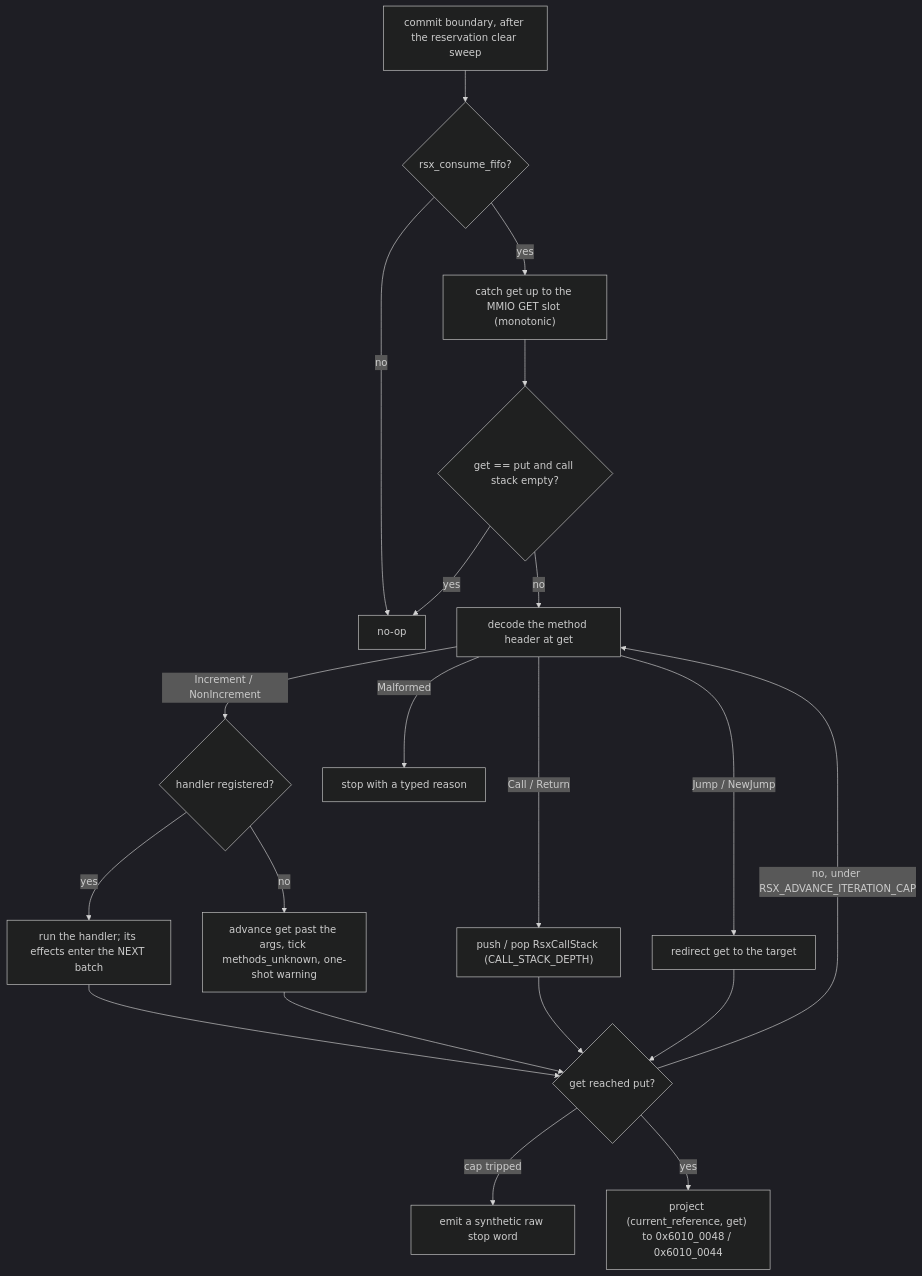
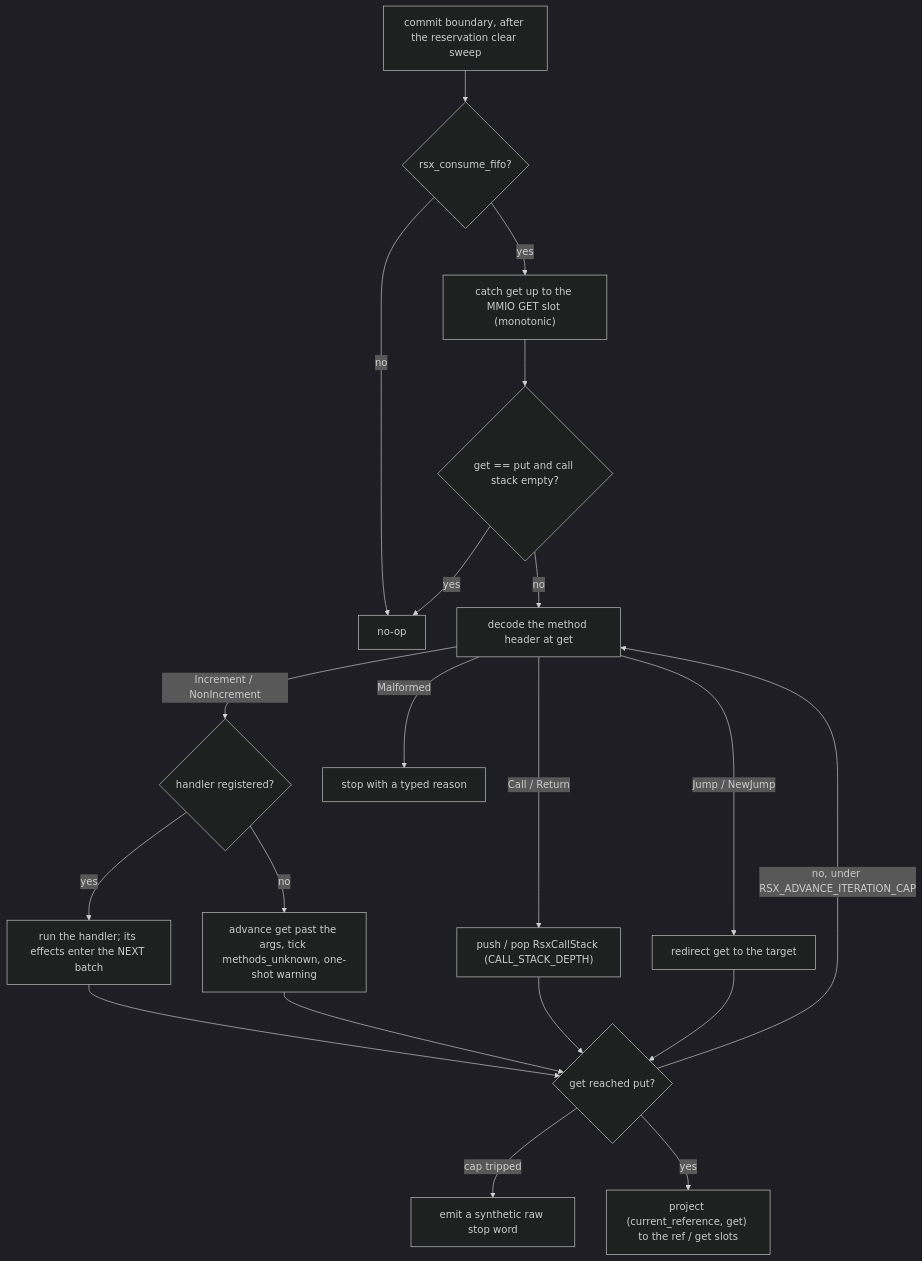
The first of 2 diagrams in docs/architecture/rsx.md (RoyalAce22/CellGov), drawn with Mermaid (dark theme) before and after one commit. The commit also changed other lines of this file and 54 other files, not shown here.

````diff
--- a/docs/architecture/rsx.md
+++ b/docs/architecture/rsx.md
@@ -82,22 +82,22 @@
 ```mermaid
 flowchart TD
   cb["commit boundary, after the reservation clear sweep"] --> gate{"rsx_consume_fifo?"}
   gate -->|no| skip["no-op"]
   gate -->|yes| catch["catch get up to the MMIO GET slot (monotonic)"]
   catch --> idle{"get == put and call stack empty?"}
   idle -->|yes| skip
   idle -->|no| hdr["decode the method header at get"]
   hdr -->|Increment / NonIncrement| reg{"handler registered?"}
   reg -->|yes| run["run the handler; its effects enter the NEXT batch"]
   reg -->|no| unk["advance get past the args, tick methods_unknown, one-shot warning"]
   hdr -->|Call / Return| stack["push / pop RsxCallStack (CALL_STACK_DEPTH)"]
   hdr -->|Jump / NewJump| jmp["redirect get to the target"]
   hdr -->|Malformed| stop["stop with a typed reason"]
   run --> more{"get reached put?"}
   unk --> more
   stack --> more
   jmp --> more
   more -->|"no, under RSX_ADVANCE_ITERATION_CAP"| hdr
   more -->|"cap tripped"| word["emit a synthetic raw stop word"]
-  more -->|yes| proj["project (current_reference, get) to 0x6010_0048 / 0x6010_0044"]
+  more -->|yes| proj["project (current_reference, get) to the ref / get slots"]
 ```
````
